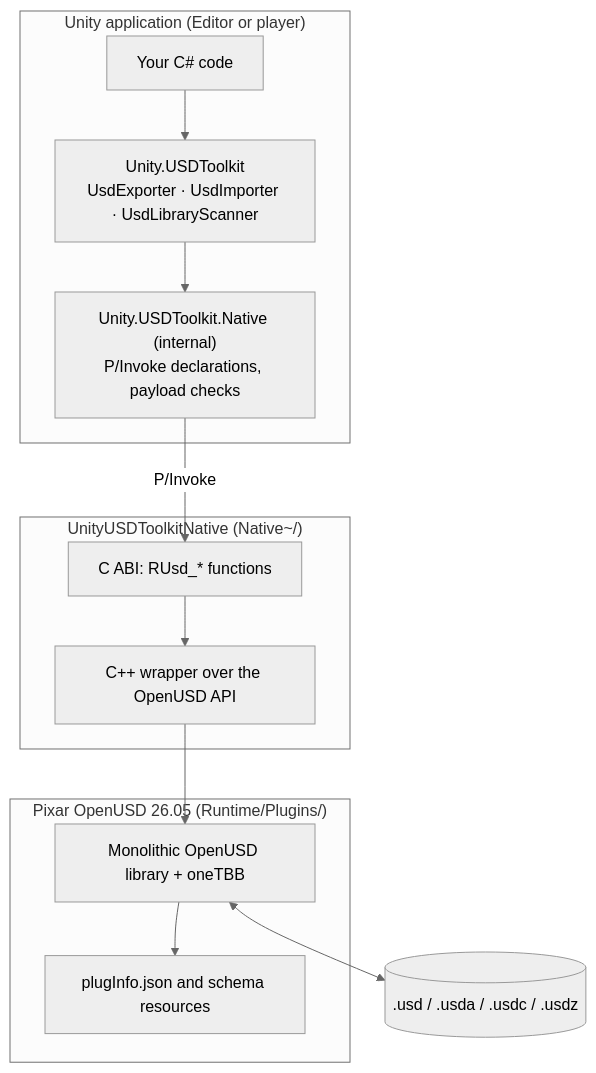
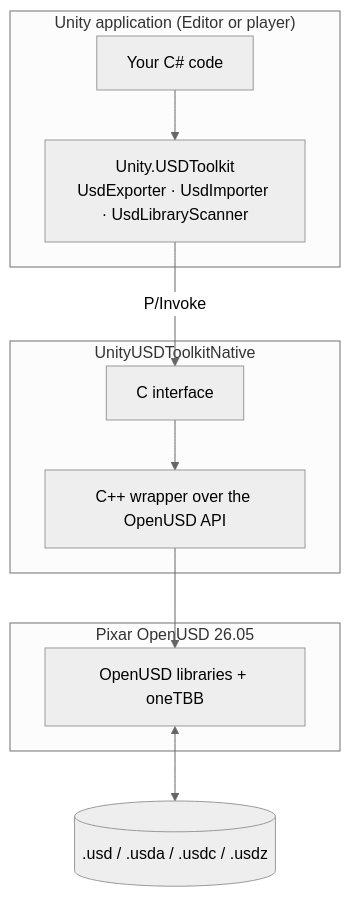
One commit to Unity-Technologies/com.unity.usd-toolkit changed the diagram in README.md. Above: the diagram before and after it, drawn with Mermaid (neutral theme). The commit also changed other lines of this file and 16 other files, not shown here.

````diff
--- a/README.md
+++ b/README.md
@@ -147,21 +178,18 @@
 ```mermaid
 flowchart TB
     subgraph Unity["Unity application (Editor or player)"]
         App["Your C# code"]
         API["Unity.USDToolkit<br/>UsdExporter · UsdImporter · UsdLibraryScanner"]
-        Native["Unity.USDToolkit.Native (internal)<br/>P/Invoke declarations, payload checks"]
     end
-    subgraph Shim["UnityUSDToolkitNative (Native~/)"]
-        CABI["C ABI: RUsd_* functions"]
+    subgraph Shim["UnityUSDToolkitNative"]
+        CABI["C interface"]
         Cpp["C++ wrapper over the OpenUSD API"]
     end
-    subgraph OpenUSD["Pixar OpenUSD 26.05 (Runtime/Plugins/)"]
-        Lib["Monolithic OpenUSD library + oneTBB"]
-        Res["plugInfo.json and schema resources"]
+    subgraph OpenUSD["Pixar OpenUSD 26.05"]
+        Lib["OpenUSD libraries + oneTBB"]
     end
     Files[(".usd / .usda / .usdc / .usdz")]
 
-    App --> API --> Native -->|P/Invoke| CABI --> Cpp --> Lib
-    Lib --> Res
+    App --> API -->|P/Invoke| CABI --> Cpp --> Lib
     Lib <--> Files
 ```
````
